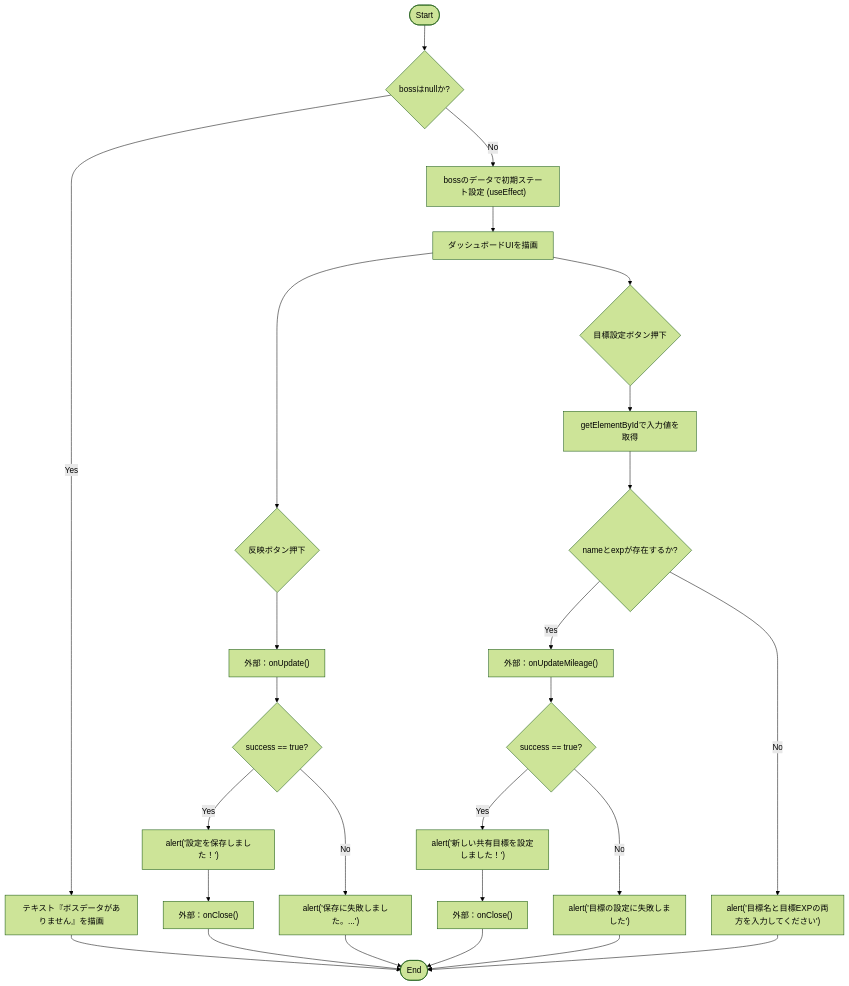
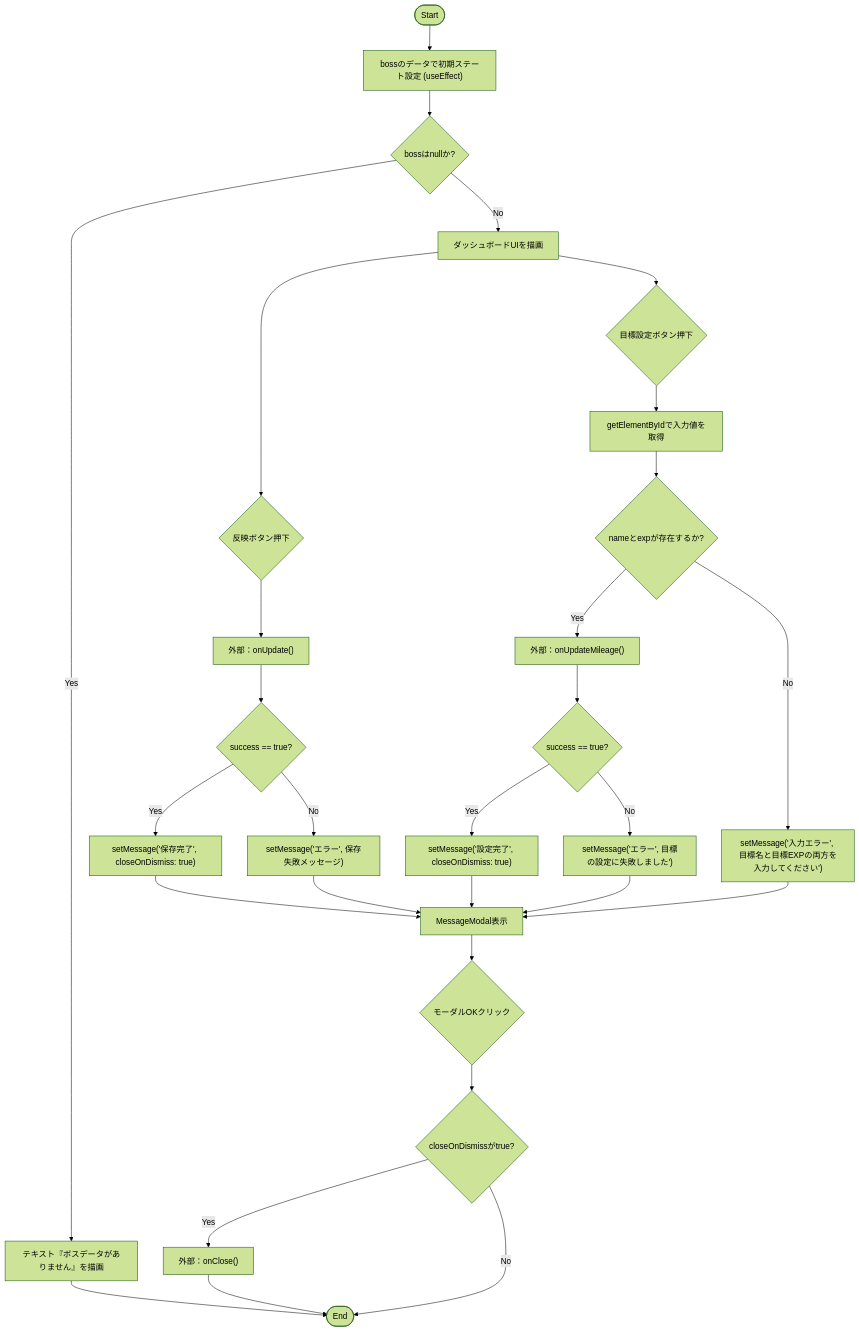
The first of 2 diagrams in docs/specifications/family-quest/src/features/admin/components/AdminDashboard.md (mmtigers/my_python_project), drawn with Mermaid (forest theme) before and after one commit. The commit also changed other lines of this file and 47 other files, not shown here.

````diff
--- a/docs/specifications/family-quest/src/features/admin/components/AdminDashboard.md
+++ b/docs/specifications/family-quest/src/features/admin/components/AdminDashboard.md
@@ -108,29 +117,34 @@
 ```mermaid
 flowchart TD
-    Start([Start]) --> CheckBoss{bossはnullか?}
+    Start([Start]) --> InitState["bossのデータで初期ステート設定 (useEffect)"]
+    InitState --> CheckBoss{bossはnullか?}
     CheckBoss -- Yes --> ReturnText["テキスト『ボスデータがありません』を描画"] --> End([End])
-    CheckBoss -- No --> InitState["bossのデータで初期ステート設定 (useEffect)"]
-    InitState --> DrawUI["ダッシュボードUIを描画"]
-    
+    CheckBoss -- No --> DrawUI["ダッシュボードUIを描画"]
+
     DrawUI --> ActionSave{反映ボタン押下}
     ActionSave --> CallOnUpdate["外部：onUpdate()"]
     CallOnUpdate --> CheckResult1{success == true?}
-    CheckResult1 -- Yes --> AlertSuccess1["alert('設定を保存しました！')"] --> CallOnClose1["外部：onClose()"]
-    CheckResult1 -- No --> AlertFail1["alert('保存に失敗しました。...')"]
-    
+    CheckResult1 -- Yes --> SetMsgSuccess1["setMessage('保存完了', closeOnDismiss: true)"]
+    CheckResult1 -- No --> SetMsgFail1["setMessage('エラー', 保存失敗メッセージ)"]
+
     DrawUI --> ActionMileage{目標設定ボタン押下}
     ActionMileage --> GetDOMValues["getElementByIdで入力値を取得"]
     GetDOMValues --> CheckValues{nameとexpが存在するか?}
-    CheckValues -- No --> AlertEmpty["alert('目標名と目標EXPの両方を入力してください')"]
+    CheckValues -- No --> SetMsgEmpty["setMessage('入力エラー', 目標名と目標EXPの両方を入力してください')"]
     CheckValues -- Yes --> CallOnUpdateMileage["外部：onUpdateMileage()"]
     CallOnUpdateMileage --> CheckResult2{success == true?}
-    CheckResult2 -- Yes --> AlertSuccess2["alert('新しい共有目標を設定しました！')"] --> CallOnClose2["外部：onClose()"]
-    CheckResult2 -- No --> AlertFail2["alert('目標の設定に失敗しました')"]
+    CheckResult2 -- Yes --> SetMsgSuccess2["setMessage('設定完了', closeOnDismiss: true)"]
+    CheckResult2 -- No --> SetMsgFail2["setMessage('エラー', 目標の設定に失敗しました')"]
 
-    CallOnClose1 --> End
-    AlertFail1 --> End
-    CallOnClose2 --> End
-    AlertFail2 --> End
-    AlertEmpty --> End
+    SetMsgSuccess1 --> ShowModal["MessageModal表示"]
+    SetMsgFail1 --> ShowModal
+    SetMsgSuccess2 --> ShowModal
+    SetMsgFail2 --> ShowModal
+    SetMsgEmpty --> ShowModal
+
+    ShowModal --> ModalClose{"モーダルOKクリック"}
+    ModalClose --> CheckCloseOnDismiss{"closeOnDismissがtrue?"}
+    CheckCloseOnDismiss -- Yes --> CallOnClose["外部：onClose()"] --> End
+    CheckCloseOnDismiss -- No --> End
 
 ```
````
